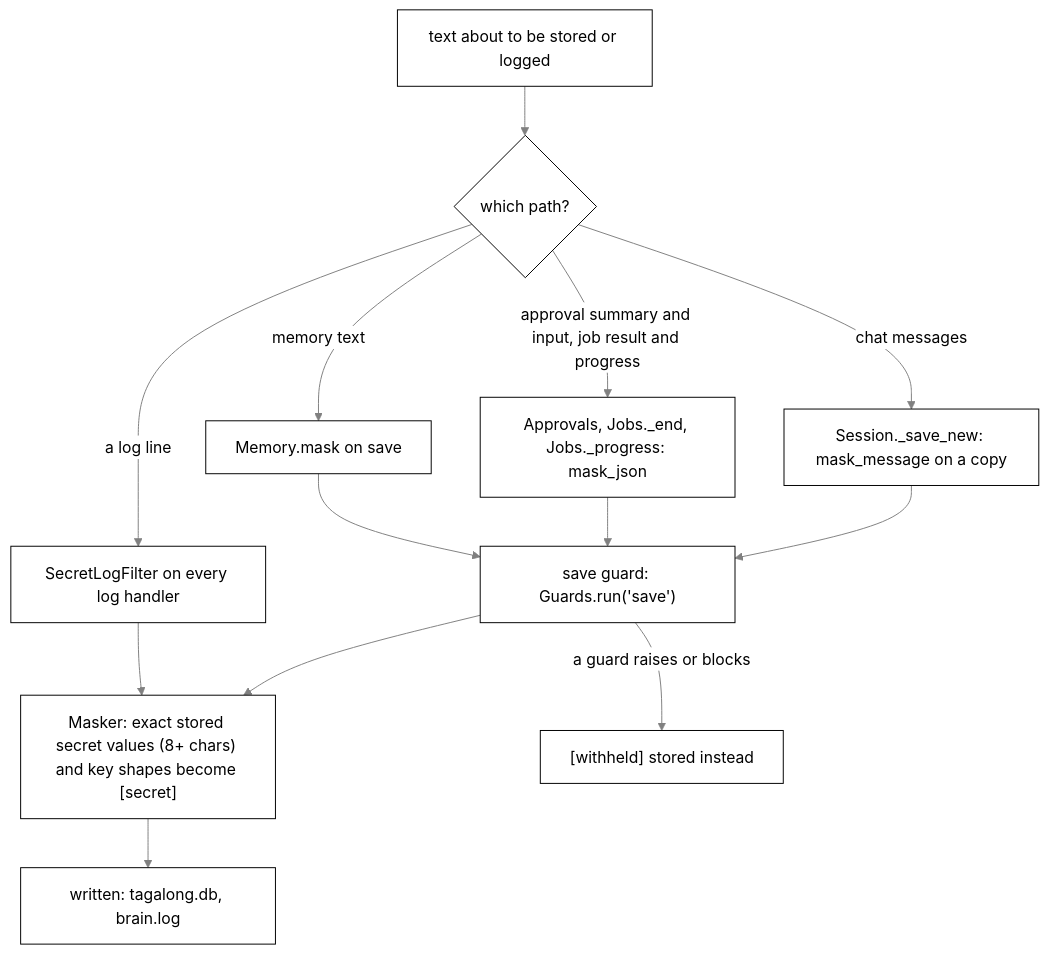
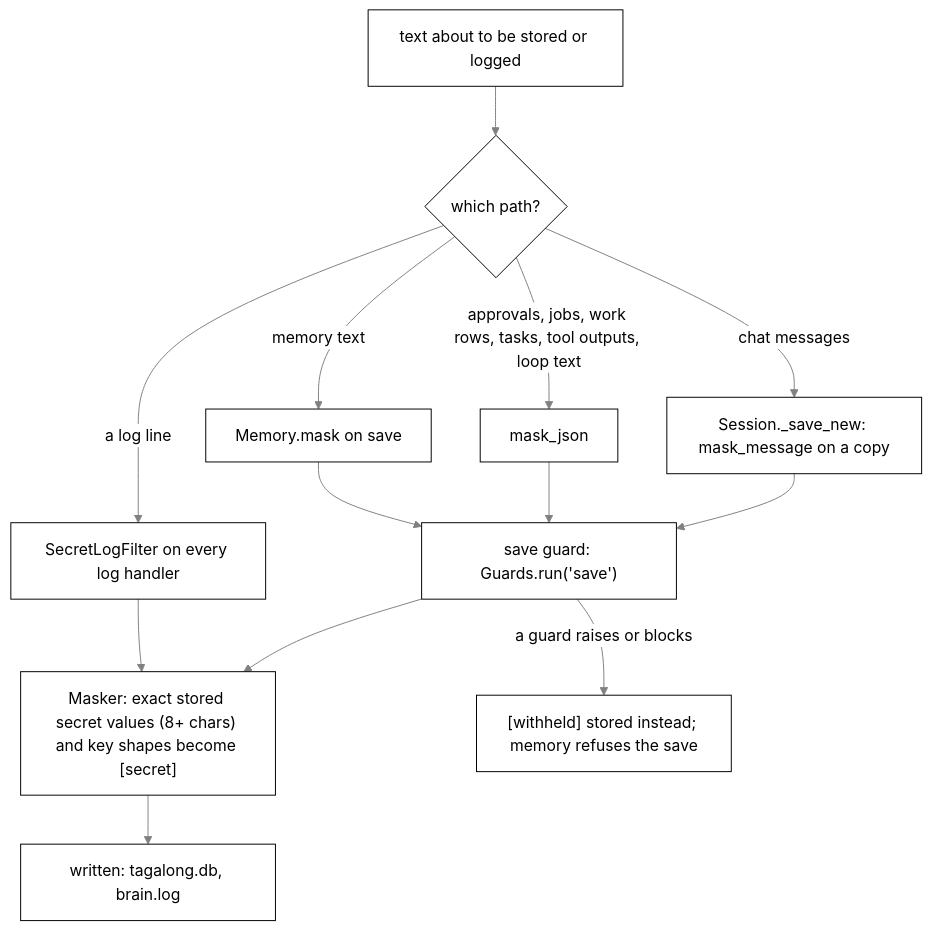
The second of 4 diagrams in docs/brain/safety.md (nadeem4/tagalong), drawn with Mermaid before and after one commit. The commit also changed other lines of this file and 2 other files, not shown here.

````diff
--- a/docs/brain/safety.md
+++ b/docs/brain/safety.md
@@ -84,16 +84,16 @@
 ```mermaid
 %%{init: {"theme": "base", "themeVariables": {"primaryColor": "#ffffff", "primaryTextColor": "#000000", "primaryBorderColor": "#000000", "lineColor": "#808080", "arrowheadColor": "#808080", "secondaryColor": "#f2f2f2", "tertiaryColor": "#ffffff", "clusterBkg": "#f7f7f7", "clusterBorder": "#808080", "edgeLabelBackground": "#ffffff", "titleColor": "#808080", "actorBkg": "#ffffff", "actorBorder": "#000000", "actorTextColor": "#000000", "actorLineColor": "#808080", "signalColor": "#808080", "signalTextColor": "#808080", "sequenceNumberColor": "#ffffff", "labelBoxBkgColor": "#ffffff", "labelBoxBorderColor": "#808080", "labelTextColor": "#000000", "loopTextColor": "#808080", "noteBkgColor": "#f7f7f7", "noteBorderColor": "#808080", "noteTextColor": "#000000", "activationBkgColor": "#f7f7f7", "activationBorderColor": "#808080", "fontFamily": "Segoe UI, Helvetica, Arial, sans-serif"}, "themeCSS": ".relationshipLabelBox{opacity:1} .relationshipLabelBox rect{opacity:1}"}}%%
 flowchart TD
     A["text about to be stored or logged"] --> B{which path?}
     B -->|"chat messages"| C["Session._save_new: mask_message on a copy"]
-    B -->|"approval summary and input, job result and progress"| D["Approvals, Jobs._end, Jobs._progress: mask_json"]
+    B -->|"approvals, jobs, work rows, tasks, tool outputs, loop text"| D["mask_json"]
     B -->|"memory text"| E["Memory.mask on save"]
     B -->|"a log line"| F["SecretLogFilter on every log handler"]
     C --> G["save guard: Guards.run('save')"]
     D --> G
     E --> G
     G --> H["Masker: exact stored secret values (8+ chars) and key shapes become [secret]"]
     F --> H
     H --> I["written: tagalong.db, brain.log"]
-    G -->|"a guard raises or blocks"| J["[withheld] stored instead"]
+    G -->|"a guard raises or blocks"| J["[withheld] stored instead; memory refuses the save"]
 ```
````
